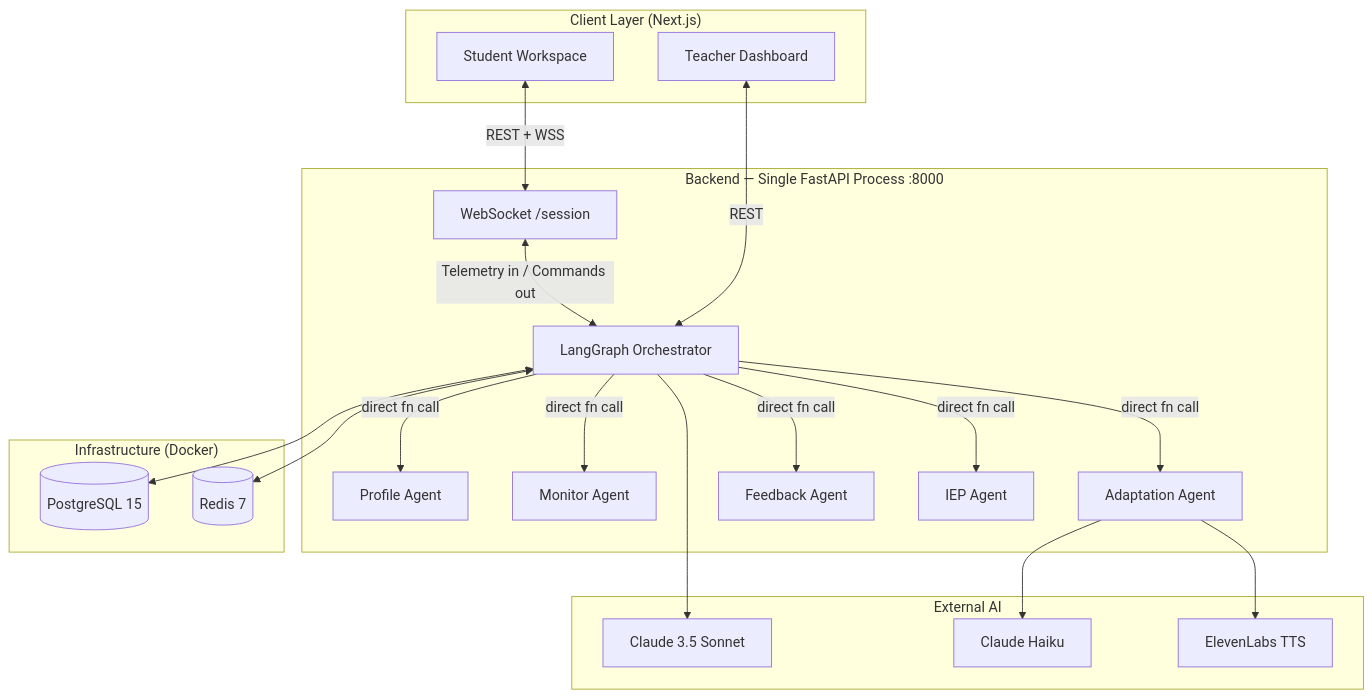
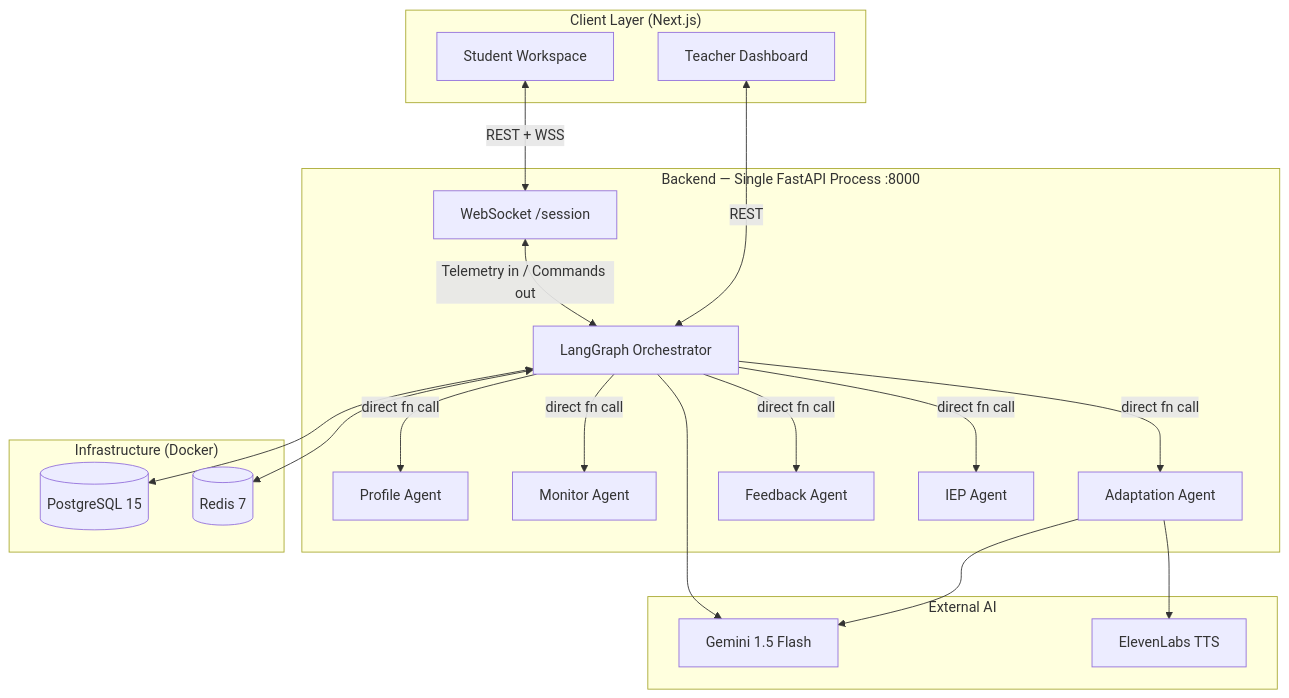
One commit to zakariabouy/Adapt_Learn changed the second of 2 diagrams in README.md. Above: the diagram before and after it, drawn with Mermaid. The commit also changed other lines of this file, not shown here.

````diff
--- a/README.md
+++ b/README.md
@@ -64,43 +62,42 @@
 ```mermaid
 graph TD
     subgraph "Client Layer (Next.js)"
         SW[Student Workspace]
         TD[Teacher Dashboard]
     end
 
     subgraph "Backend — Single FastAPI Process :8000"
         WS[WebSocket /session]
         OR[LangGraph Orchestrator]
         PR[Profile Agent]
         MO[Monitor Agent]
         AD[Adaptation Agent]
         FE[Feedback Agent]
         IE[IEP Agent]
 
         WS <-->|Telemetry in / Commands out| OR
         OR -->|direct fn call| PR
         OR -->|direct fn call| MO
         OR -->|direct fn call| AD
         OR -->|direct fn call| FE
         OR -->|direct fn call| IE
     end
 
     subgraph "Infrastructure (Docker)"
         DB[(PostgreSQL 15)]
         RD[(Redis 7)]
     end
 
     subgraph "External AI"
-        CS[Claude 3.5 Sonnet]
-        CH[Claude Haiku]
+        GS[Gemini 1.5 Flash]
         EL[ElevenLabs TTS]
     end
 
     SW <-->|REST + WSS| WS
     TD <-->|REST| OR
     OR <--> DB
     OR <--> RD
-    OR --> CS
-    AD --> CH
+    OR --> GS
+    AD --> GS
     AD --> EL
 ```
````
